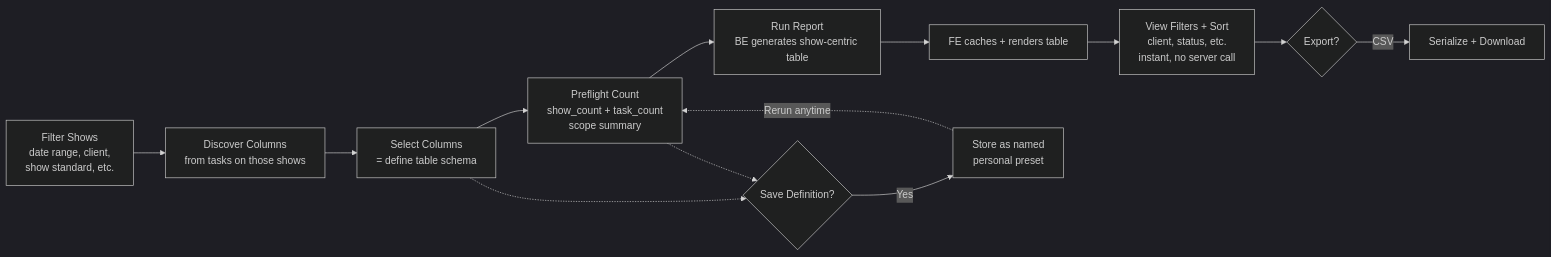
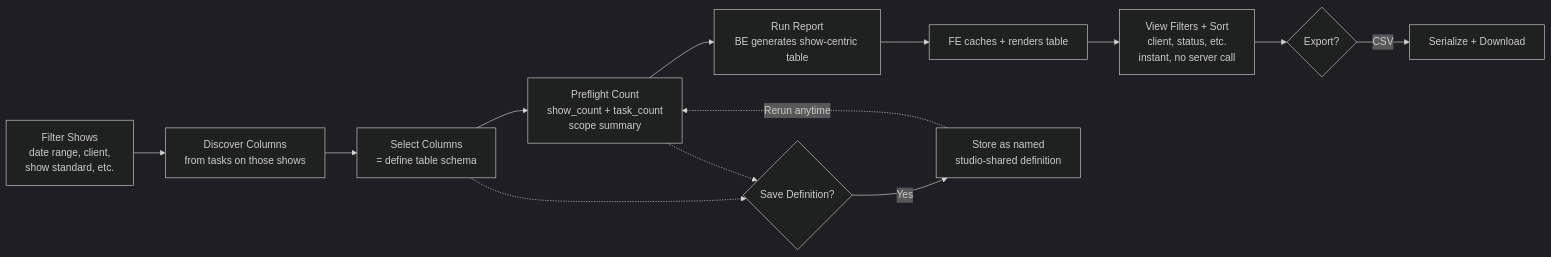
One commit to allenlin90/eridu-services changed the first of 5 diagrams in docs/prd/task-submission-reporting.md. Above: the diagram before and after it, drawn with Mermaid (dark theme). The commit also changed other lines of this file and 16 other files, not shown here.

````diff
--- a/docs/prd/task-submission-reporting.md
+++ b/docs/prd/task-submission-reporting.md
@@ -76,15 +76,15 @@
 ```mermaid
 flowchart LR
     A[Filter Shows<br/>date range, client,<br/>show standard, etc.] --> B[Discover Columns<br/>from tasks on those shows]
     B --> C[Select Columns<br/>= define table schema]
     C --> P[Preflight Count<br/>show_count + task_count<br/>scope summary]
     P --> D[Run Report<br/>BE generates show-centric table]
     D --> F[FE caches + renders table]
     F --> V[View Filters + Sort<br/>client, status, etc.<br/>instant, no server call]
     V --> G{Export?}
     G -->|CSV| H[Serialize + Download]
     C -.-> S{Save Definition?}
     P -.-> S
-    S -->|Yes| I[Store as named<br/>personal preset]
+    S -->|Yes| I[Store as named<br/>studio-shared definition]
     I -.->|Rerun anytime| P
 ```
````
